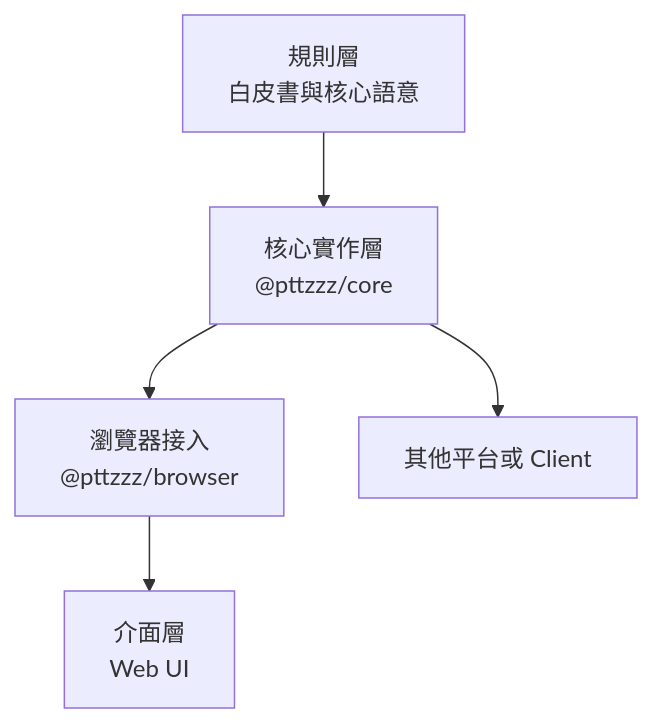
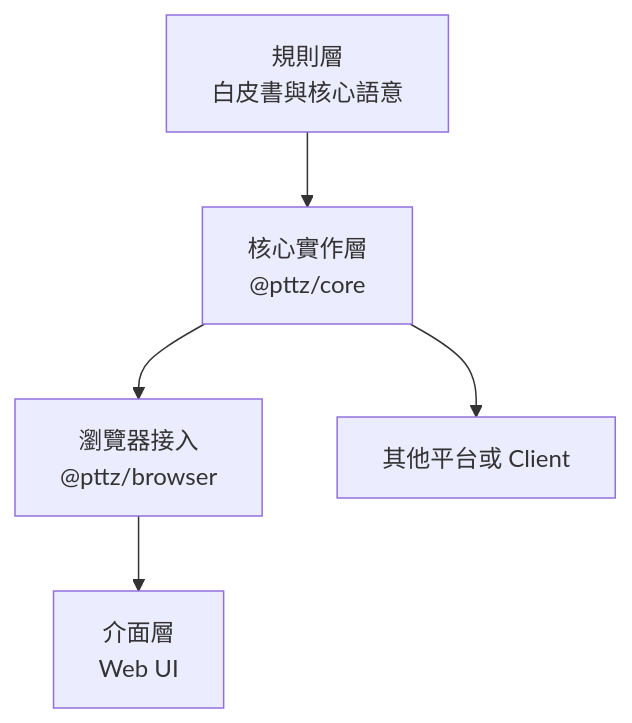
One commit to mbb200291/pttz changed the diagram in README.md. Above: the diagram before and after it, drawn with Mermaid. The commit also changed other lines of this file and 1 other file, not shown here.

Commit message:
feat: change name to pttz

````diff
--- a/README.md
+++ b/README.md
@@ -83,7 +75,7 @@
 ```mermaid
 flowchart TD
-    A["規則層<br/>白皮書與核心語意"] --> B["核心實作層<br/>@pttzzz/core"]
-    B --> C["瀏覽器接入<br/>@pttzzz/browser"]
+    A["規則層<br/>白皮書與核心語意"] --> B["核心實作層<br/>@pttz/core"]
+    B --> C["瀏覽器接入<br/>@pttz/browser"]
     B --> D["其他平台或 Client"]
     C --> E["介面層<br/>Web UI"]
 ```
````
